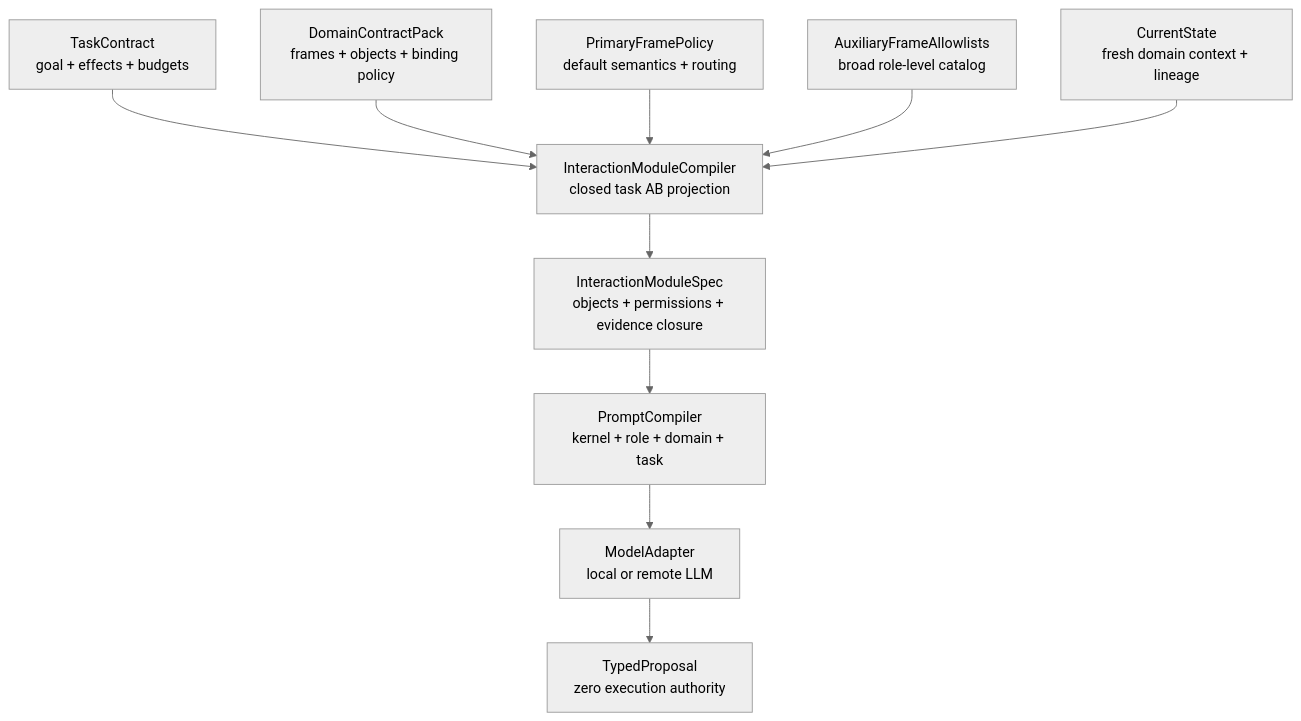
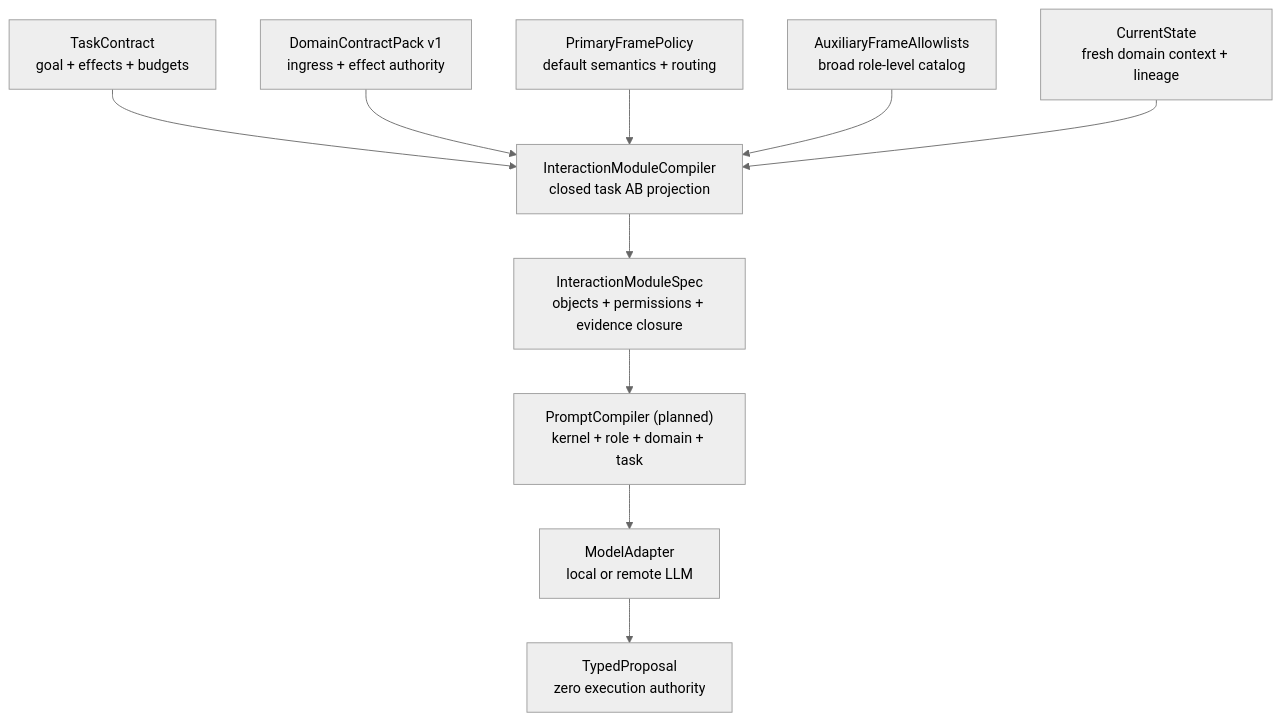
The fifth of 10 diagrams in docs/architecture/universal_agentic_harness_foundation.md (ieverythng/universal-agentic-harness), drawn with Mermaid (neutral theme) before and after one commit. The commit also changed other lines of this file and 50 other files, not shown here.

````diff
--- a/docs/architecture/universal_agentic_harness_foundation.md
+++ b/docs/architecture/universal_agentic_harness_foundation.md
@@ -342,23 +349,23 @@
 ```mermaid
 %% uah-render: Figure 2. Role-authorized frames compiled into one task projection
 flowchart TB
     Task["TaskContract<br/>goal + effects + budgets"]:::semantic
-    Domain["DomainContractPack<br/>frames + objects + binding policy"]:::semantic
+    Domain["DomainContractPack v1<br/>ingress + effect authority"]:::semantic
     Primary["PrimaryFramePolicy<br/>default semantics + routing"]:::identity
     Auxiliary["AuxiliaryFrameAllowlists<br/>broad role-level catalog"]:::identity
     State["CurrentState<br/>fresh domain context + lineage"]:::projection
     Interaction["InteractionModuleCompiler<br/>closed task AB projection"]:::compiler
     Module["InteractionModuleSpec<br/>objects + permissions + evidence closure"]:::projection
-    Prompt["PromptCompiler<br/>kernel + role + domain + task"]:::compiler
+    Prompt["PromptCompiler (planned)<br/>kernel + role + domain + task"]:::compiler
     Model["ModelAdapter<br/>local or remote LLM"]:::model
     Proposal["TypedProposal<br/>zero execution authority"]:::proposal
     Task --> Interaction
     Domain --> Interaction
     Primary --> Interaction
     Auxiliary --> Interaction
     State --> Interaction
     Interaction --> Module
     Module --> Prompt
     Prompt --> Model
     Model --> Proposal
 ```
````
